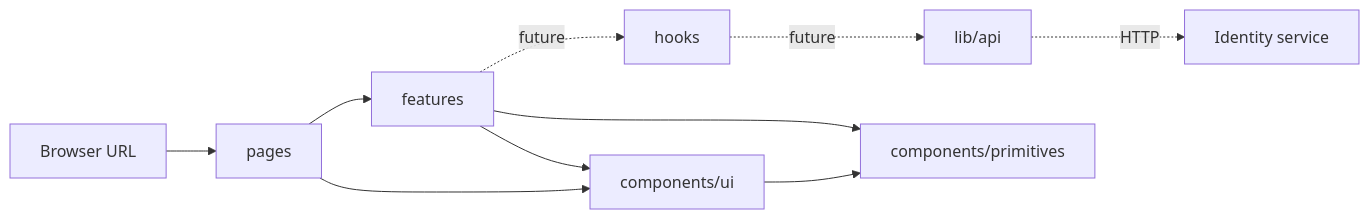
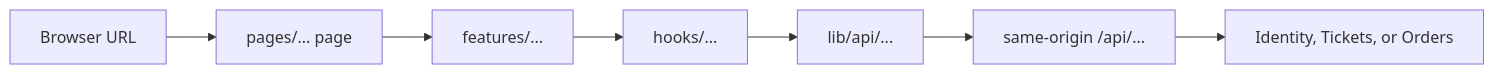
Before and after one commit to h19overflow/stubhub: the diagram in client/docs/nextjs-routing-and-components.md, drawn with Mermaid. The commit also changed other lines of this file and 7 other files, not shown here.

First line of the commit message:
Add documentation for order data capture and flow

````diff
--- a/client/docs/nextjs-routing-and-components.md
+++ b/client/docs/nextjs-routing-and-components.md
@@ -189,12 +9,9 @@
 ```mermaid
 flowchart LR
-    URL[Browser URL] --> Page[pages]
-    Page --> Feature[features]
-    Page --> SharedUI[components/ui]
-    Feature --> SharedUI
-    Feature -. future .-> Hook[hooks]
-    Hook -. future .-> API[lib/api]
-    API -. HTTP .-> Auth[Identity service]
-    SharedUI --> Primitive[components/primitives]
-    Feature --> Primitive
+    URL[Browser URL] --> Page[pages/... page]
+    Page --> Feature[features/...]
+    Feature --> Hook[hooks/...]
+    Hook --> API[lib/api/...]
+    API --> Proxy["same-origin /api/..."]
+    Proxy --> Service["Identity, Tickets, or Orders"]
 ```
````
